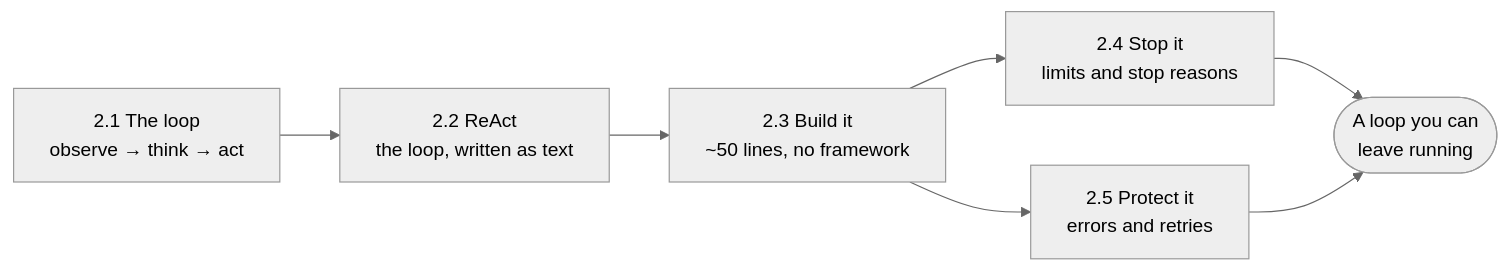
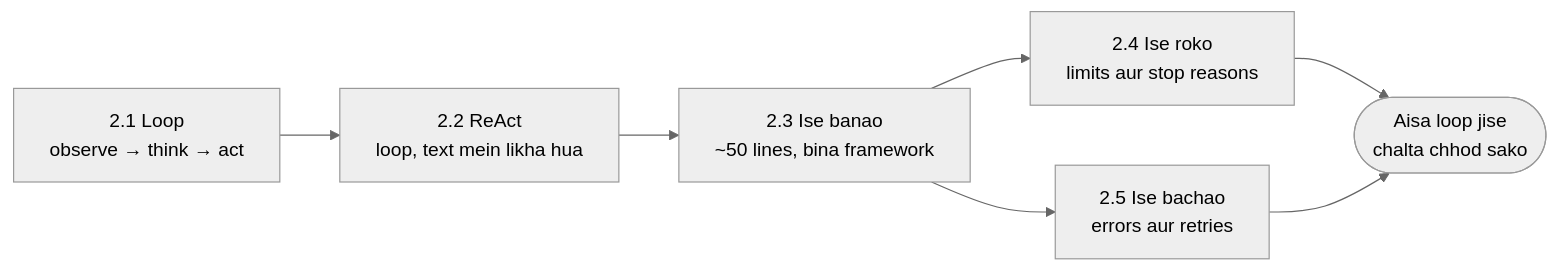
One commit to asmustechno/agentic-ai-notes changed the diagram in docs/02-the-agent-loop/README.md. Above: the diagram before and after it, drawn with Mermaid (neutral theme). The commit also changed other lines of this file and 135 other files, not shown here.

````diff
--- a/docs/02-the-agent-loop/README.md
+++ b/docs/02-the-agent-loop/README.md
@@ -25,9 +25,9 @@
 ```mermaid
 flowchart LR
-    A["2.1 The loop<br/>observe → think → act"] --> B["2.2 ReAct<br/>the loop, written as text"]
-    B --> C["2.3 Build it<br/>~50 lines, no framework"]
-    C --> D["2.4 Stop it<br/>limits and stop reasons"]
-    C --> E["2.5 Protect it<br/>errors and retries"]
-    D --> F(["A loop you can<br/>leave running"])
+    A["2.1 Loop<br/>observe → think → act"] --> B["2.2 ReAct<br/>loop, text mein likha hua"]
+    B --> C["2.3 Ise banao<br/>~50 lines, bina framework"]
+    C --> D["2.4 Ise roko<br/>limits aur stop reasons"]
+    C --> E["2.5 Ise bachao<br/>errors aur retries"]
+    D --> F(["Aisa loop jise<br/>chalta chhod sako"])
     E --> F
 ```
````
